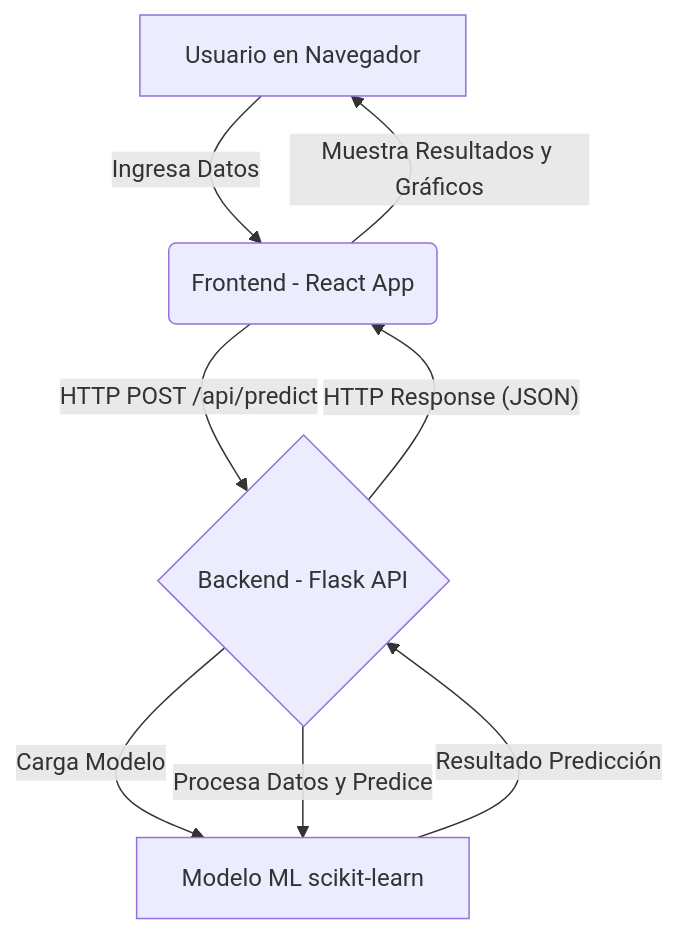
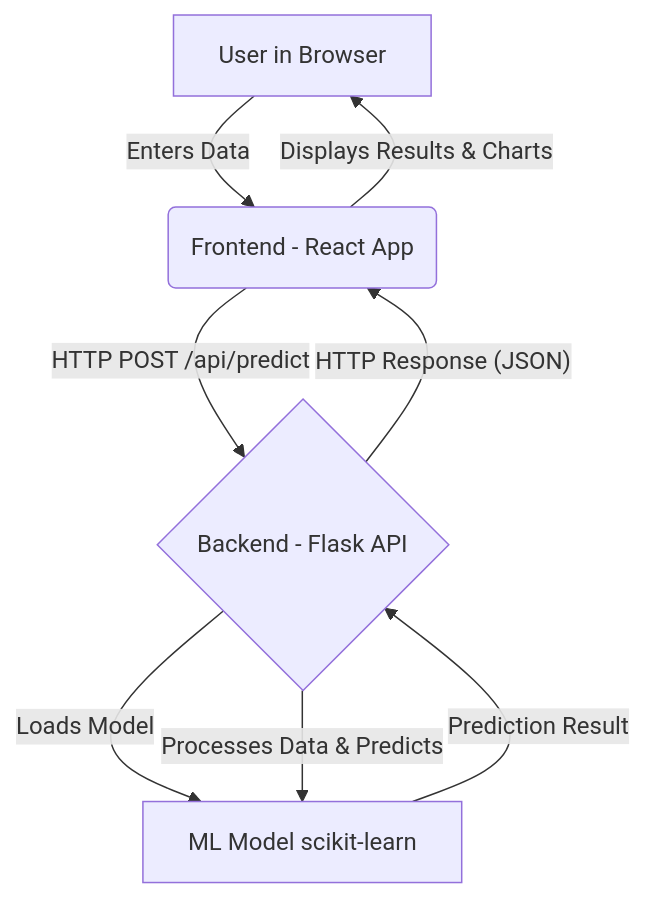
The diagram in README.md (ivancastroprojects/stroke-predictor), drawn with Mermaid before and after one commit. The commit also changed other lines of this file and 1 other file, not shown here.

````diff
--- a/README.md
+++ b/README.md
@@ -51,10 +44,10 @@
 ```mermaid
 graph TD
-    A[Usuario en Navegador] -- Ingresa Datos --> B(Frontend - React App);
+    A[User in Browser] -- Enters Data --> B(Frontend - React App);
     B -- HTTP POST /api/predict --> C{Backend - Flask API};
-    C -- Carga Modelo --> D[Modelo ML scikit-learn];
-    C -- Procesa Datos y Predice --> D;
-    D -- Resultado Predicción --> C;
+    C -- Loads Model --> D[ML Model scikit-learn];
+    C -- Processes Data & Predicts --> D;
+    D -- Prediction Result --> C;
     C -- HTTP Response (JSON) --> B;
-    B -- Muestra Resultados y Gráficos --> A;
+    B -- Displays Results & Charts --> A;
 ```
````
